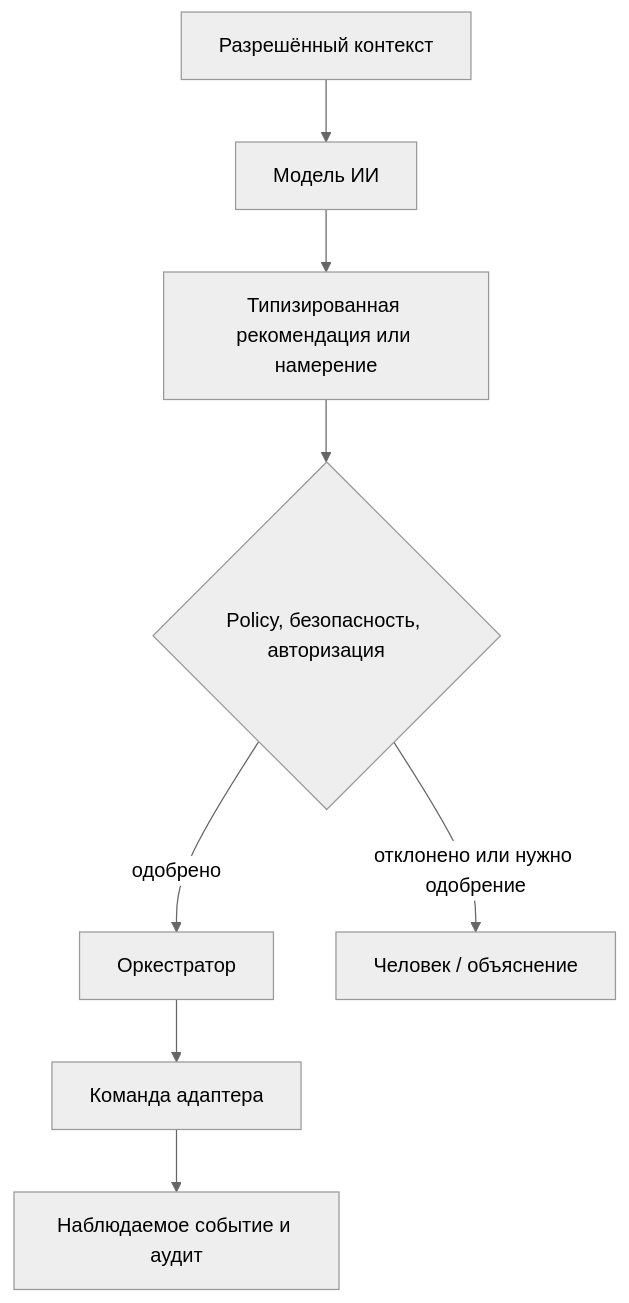
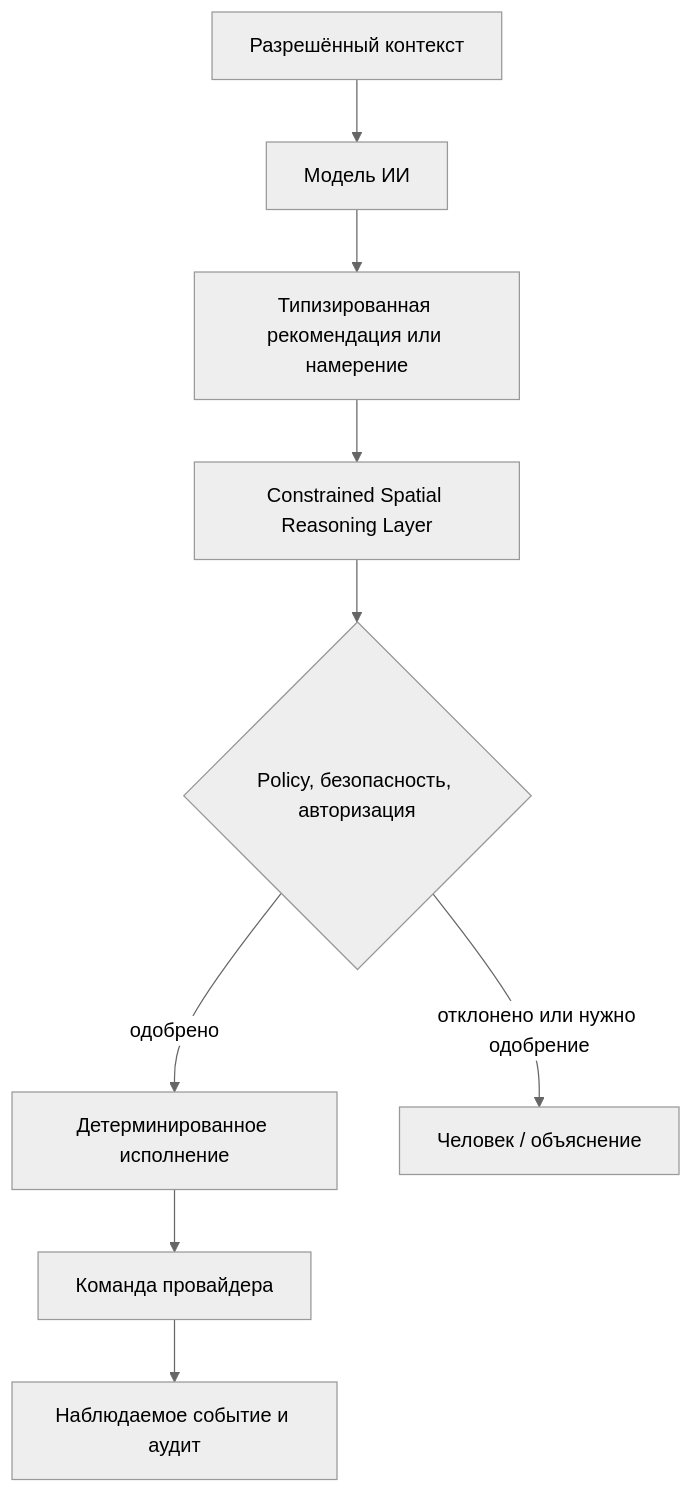
The diagram in docs/ru/ai/ai-architecture.md (3hllc/osip-docs), drawn with Mermaid (neutral theme) before and after one commit. The commit also changed other lines of this file and 91 other files, not shown here.

Commit message:
Define OSIP reasoning and deployment architecture

````diff
--- a/docs/ru/ai/ai-architecture.md
+++ b/docs/ru/ai/ai-architecture.md
@@ -25,10 +26,11 @@
 ```mermaid
 flowchart TB
   C[Разрешённый контекст] --> M[Модель ИИ]
   M --> I[Типизированная рекомендация или намерение]
-  I --> P{Policy, безопасность, авторизация}
-  P -->|одобрено| O[Оркестратор]
-  O --> A[Команда адаптера]
+  I --> R[Constrained Spatial Reasoning Layer]
+  R --> P{Policy, безопасность, авторизация}
+  P -->|одобрено| O[Детерминированное исполнение]
+  O --> A[Команда провайдера]
   P -->|отклонено или нужно одобрение| H[Человек / объяснение]
   A --> E[Наблюдаемое событие и аудит]
 ```
````
